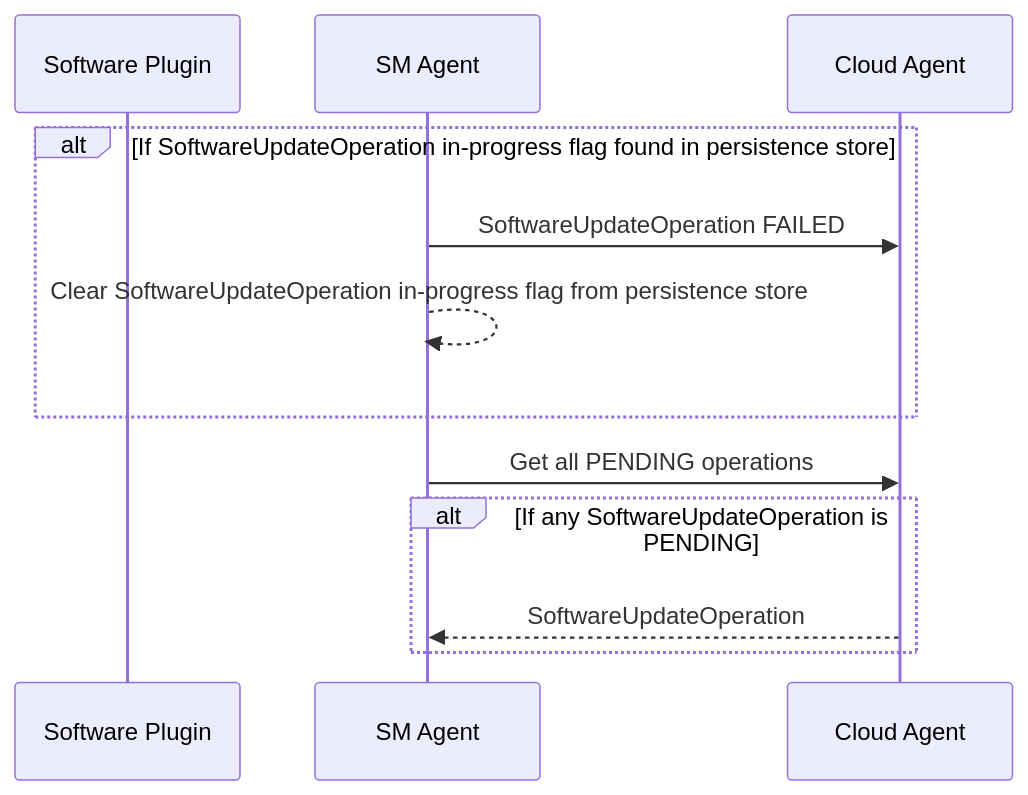
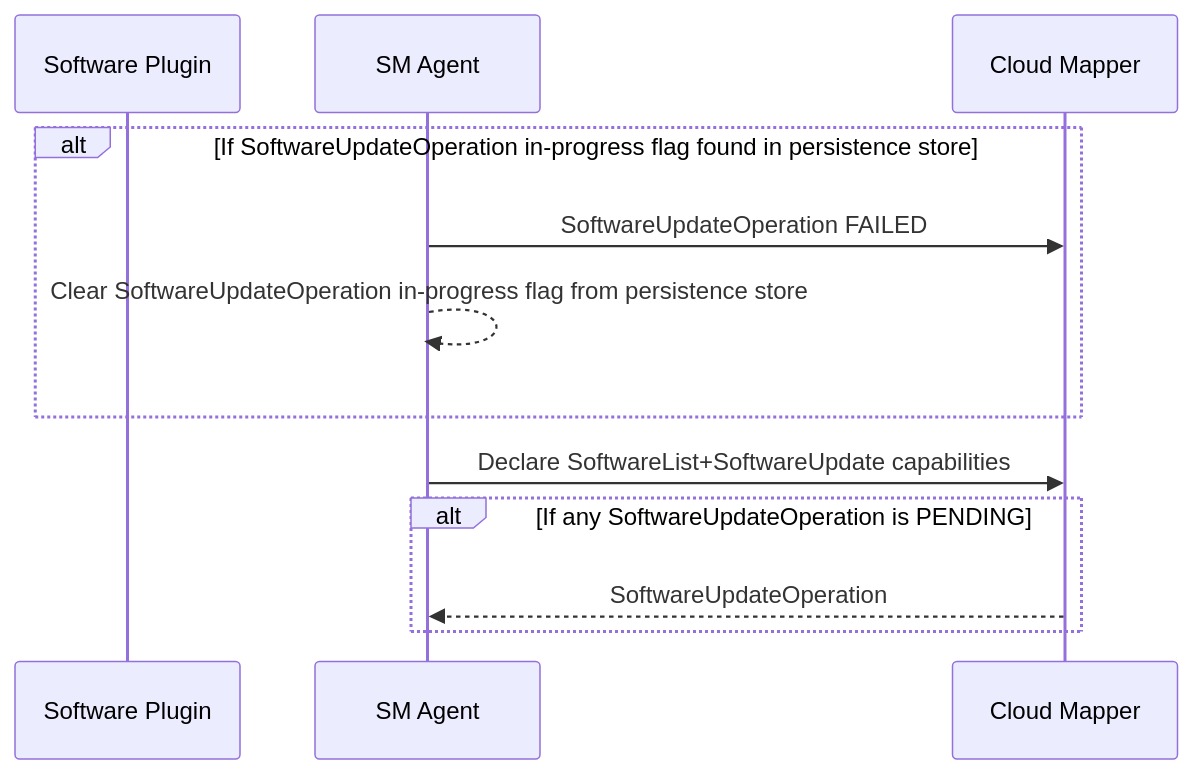
Before and after one commit to thin-edge/thin-edge.io-specs: the first of 3 diagrams in src/software-management/sm-agent.md, drawn with Mermaid. The commit also changed other lines of this file, not shown here.

````diff
--- a/src/software-management/sm-agent.md
+++ b/src/software-management/sm-agent.md
@@ -17,16 +17,16 @@
 ```mermaid
 sequenceDiagram
     participant Software Plugin
     participant SM Agent
-    participant Cloud Agent
+    participant Cloud Mapper
     alt If SoftwareUpdateOperation in-progress flag found in persistence store
-        SM Agent->>Cloud Agent: SoftwareUpdateOperation FAILED
+        SM Agent->>Cloud Mapper: SoftwareUpdateOperation FAILED
         SM Agent-->>SM Agent: Clear SoftwareUpdateOperation in-progress flag from persistence store
     end
 
-    SM Agent->>Cloud Agent: Get all PENDING operations
+    SM Agent->>Cloud Mapper: Declare SoftwareList+SoftwareUpdate capabilities
     alt If any SoftwareUpdateOperation is PENDING
-        Cloud Agent-->>SM Agent: SoftwareUpdateOperation
+        Cloud Mapper-->>SM Agent: SoftwareUpdateOperation
     end
 
 ```
````
